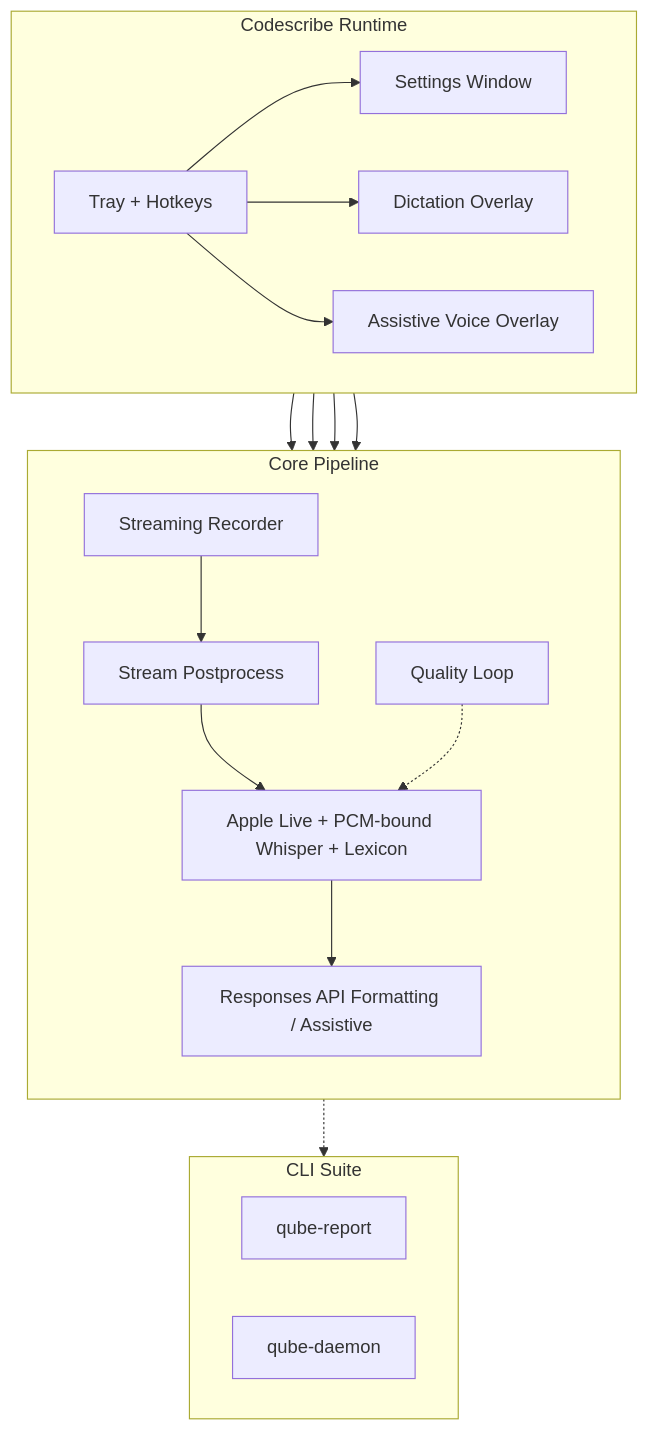
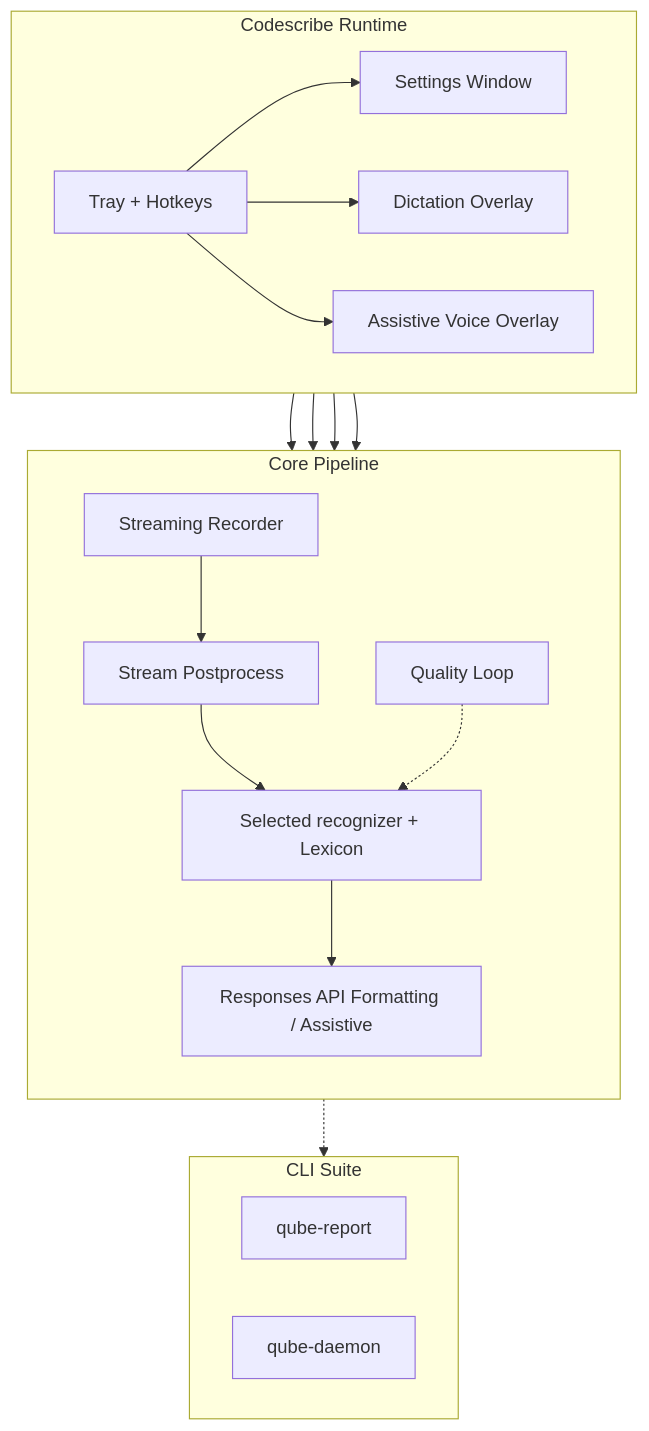
Before and after one commit to vetcoders/codescribe: the first of 2 diagrams in README.md, drawn with Mermaid. The commit also changed other lines of this file and 393 other files, not shown here.

````diff
--- a/README.md
+++ b/README.md
@@ -39,36 +41,36 @@
 ```mermaid
 flowchart TB
     subgraph APP[Codescribe Runtime]
         direction LR
         TRAY[Tray + Hotkeys]
         SET[Settings Window]
         OVL[Dictation Overlay]
         CHAT[Assistive Voice Overlay]
     end
 
     subgraph CORE[Core Pipeline]
         direction TB
         REC[Streaming Recorder]
         POST[Stream Postprocess]
-        STT[Apple Live + PCM-bound Whisper + Lexicon]
+        STT[Selected recognizer + Lexicon]
         LLM[Responses API Formatting / Assistive]
         QL[Quality Loop]
     end
 
     subgraph TOOLS[CLI Suite]
         QCLI[qube-report]
         LCLI[qube-daemon]
     end
 
     TRAY --> SET
     TRAY --> OVL
     TRAY --> CHAT
     TRAY --> CORE
     SET --> CORE
     OVL --> CORE
     CHAT --> CORE
     REC --> POST --> STT
     STT --> LLM
     QL -.-> STT
     CORE -.-> TOOLS
 ```
````
